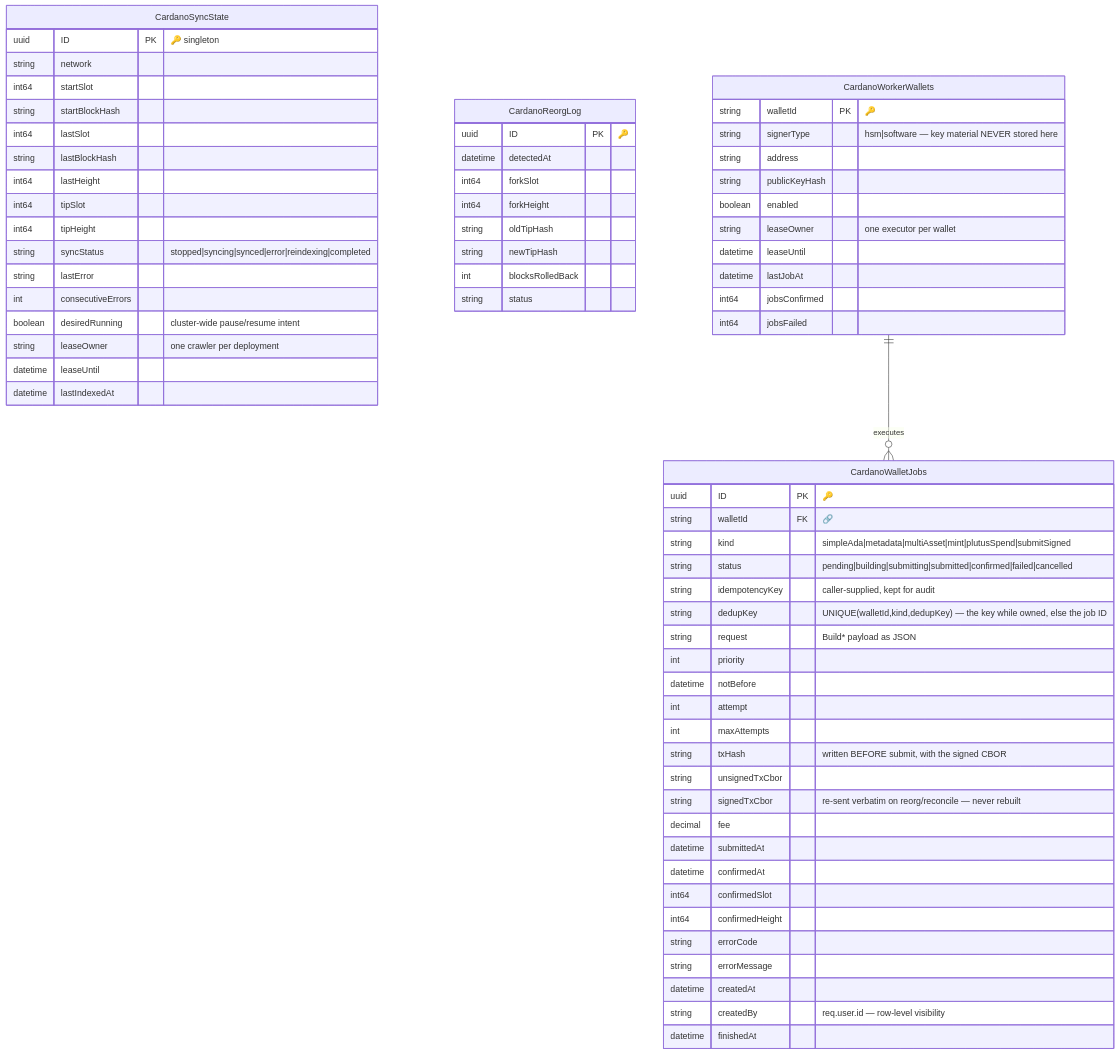
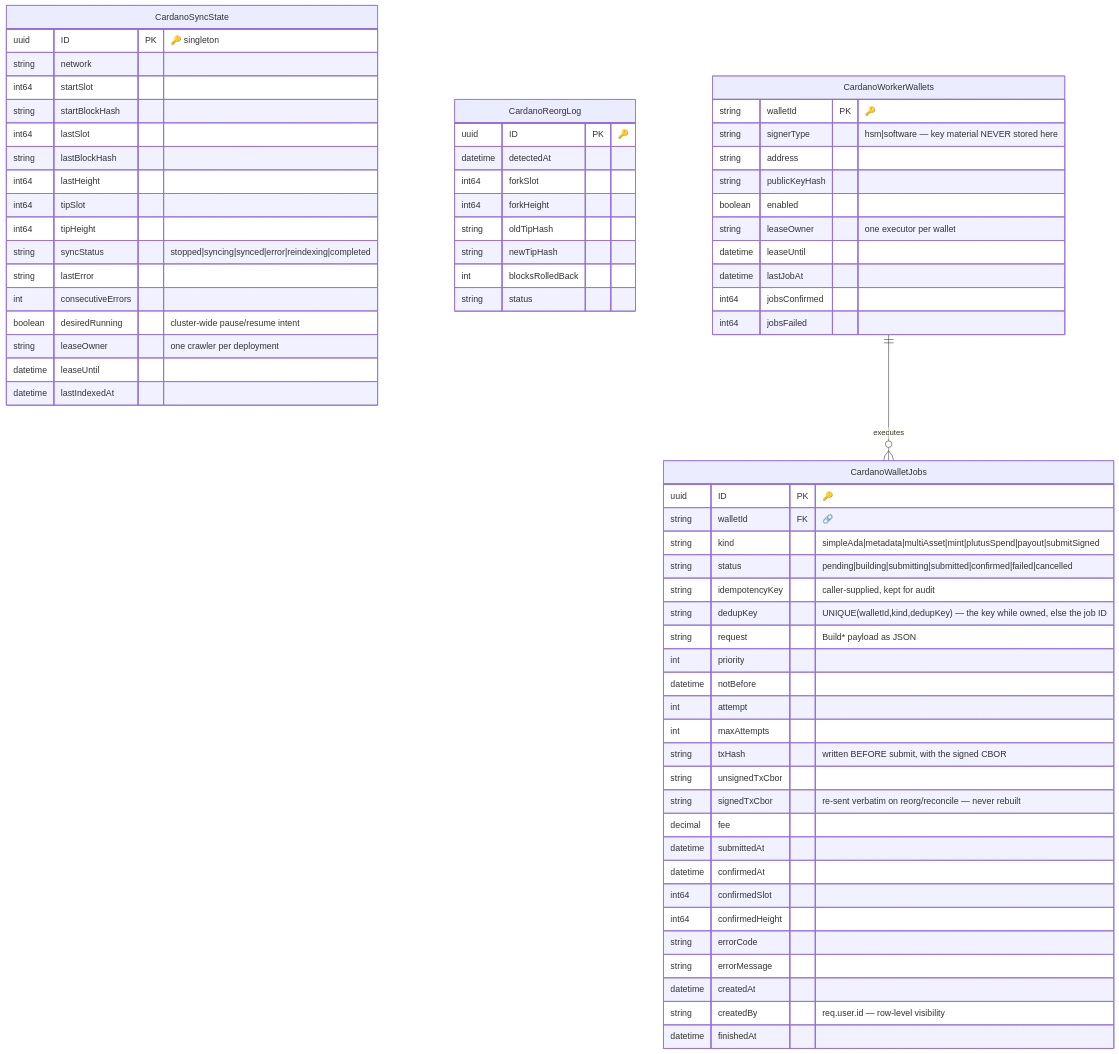
One commit to ODATANO/ODATANO changed the second of 2 diagrams in docs/concepts & architecture/MM_DATAMODEL.md. Above: the diagram before and after it, drawn with Mermaid. The commit also changed other lines of this file and 184 other files, not shown here.

First line of the commit message:
feat: 2.0.0-rc.50 enforced roles, schema migration at start, input assets by reference, account snapshots

````diff
--- a/docs/concepts & architecture/MM_DATAMODEL.md
+++ b/docs/concepts & architecture/MM_DATAMODEL.md
@@ -388,74 +394,74 @@
 ```mermaid
 erDiagram
     CardanoSyncState {
         uuid ID PK "🔑 singleton"
         string network
         int64 startSlot
         string startBlockHash
         int64 lastSlot
         string lastBlockHash
         int64 lastHeight
         int64 tipSlot
         int64 tipHeight
         string syncStatus "stopped|syncing|synced|error|reindexing|completed"
         string lastError
         int consecutiveErrors
         boolean desiredRunning "cluster-wide pause/resume intent"
         string leaseOwner "one crawler per deployment"
         datetime leaseUntil
         datetime lastIndexedAt
     }
 
     CardanoReorgLog {
         uuid ID PK "🔑"
         datetime detectedAt
         int64 forkSlot
         int64 forkHeight
         string oldTipHash
         string newTipHash
         int blocksRolledBack
         string status
     }
 
     CardanoWorkerWallets {
         string walletId PK "🔑"
         string signerType "hsm|software — key material NEVER stored here"
         string address
         string publicKeyHash
         boolean enabled
         string leaseOwner "one executor per wallet"
         datetime leaseUntil
         datetime lastJobAt
         int64 jobsConfirmed
         int64 jobsFailed
     }
 
     CardanoWalletJobs {
         uuid ID PK "🔑"
         string walletId FK "🔗"
-        string kind "simpleAda|metadata|multiAsset|mint|plutusSpend|submitSigned"
+        string kind "simpleAda|metadata|multiAsset|mint|plutusSpend|payout|submitSigned"
         string status "pending|building|submitting|submitted|confirmed|failed|cancelled"
         string idempotencyKey "caller-supplied, kept for audit"
         string dedupKey "UNIQUE(walletId,kind,dedupKey) — the key while owned, else the job ID"
         string request "Build* payload as JSON"
         int priority
         datetime notBefore
         int attempt
         int maxAttempts
         string txHash "written BEFORE submit, with the signed CBOR"
         string unsignedTxCbor
         string signedTxCbor "re-sent verbatim on reorg/reconcile — never rebuilt"
         decimal fee
         datetime submittedAt
         datetime confirmedAt
         int64 confirmedSlot
         int64 confirmedHeight
         string errorCode
         string errorMessage
         datetime createdAt
         string createdBy "req.user.id — row-level visibility"
         datetime finishedAt
     }
 
     CardanoWorkerWallets ||--o{ CardanoWalletJobs : "executes"
 ```
````
